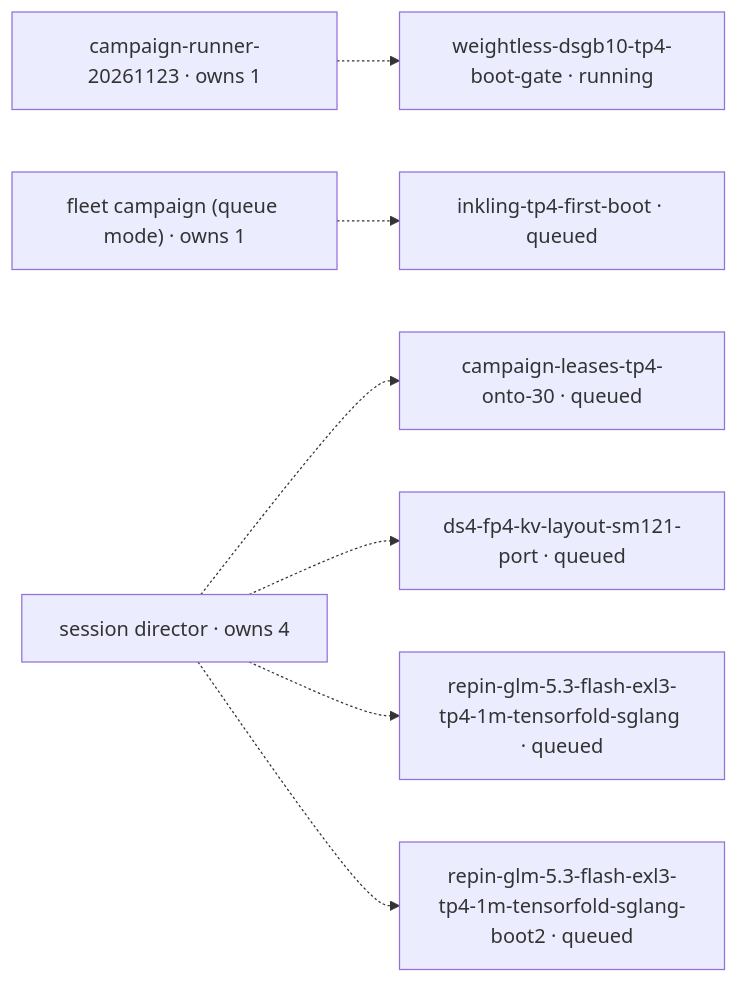
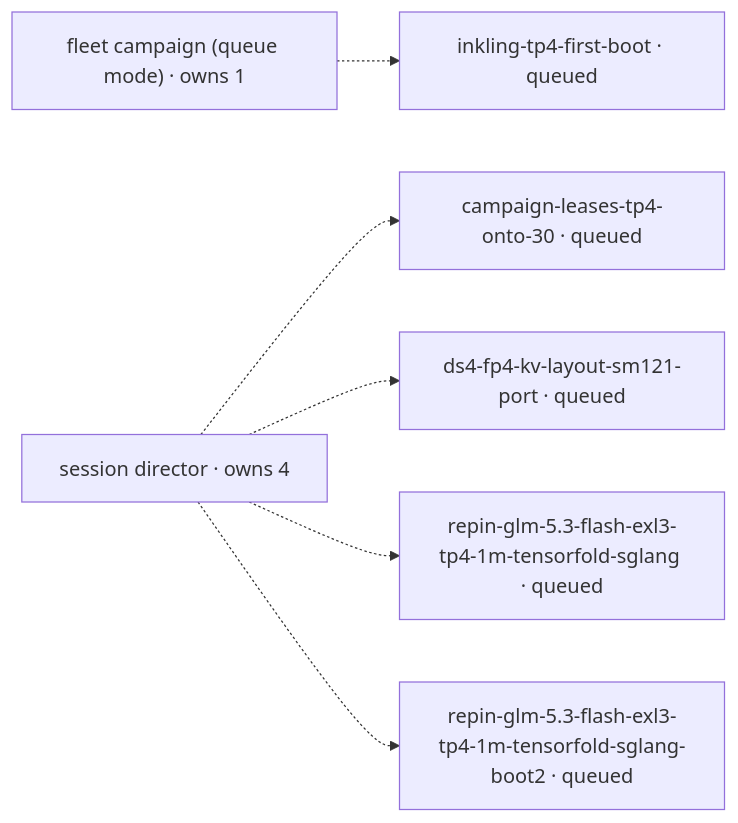
The diagram in mad-science/STATUS.md (littlecedar/sparkrun-recipe-registry), drawn with Mermaid before and after one commit. The commit also changed other lines of this file, not shown here.

````diff
--- a/mad-science/STATUS.md
+++ b/mad-science/STATUS.md
@@ -22,20 +22,17 @@
 ```mermaid
 flowchart LR
-  %% 0 blocked, 0 blocker edge(s), 6 drained by campaign-runner-20261123 (1), fleet campaign (queue mode) (1), session director (4)
-  r1["campaign-runner-20261123 · owns 1"]
-  r2["fleet campaign (queue mode) · owns 1"]
-  r3["session director · owns 4"]
+  %% 0 blocked, 0 blocker edge(s), 5 drained by fleet campaign (queue mode) (1), session director (4)
+  r1["fleet campaign (queue mode) · owns 1"]
+  r2["session director · owns 4"]
   t1["campaign-leases-tp4-onto-30 · queued"]
   t2["ds4-fp4-kv-layout-sm121-port · queued"]
   t3["inkling-tp4-first-boot · queued"]
   t4["repin-glm-5.3-flash-exl3-tp4-1m-tensorfold-sglang · queued"]
   t5["repin-glm-5.3-flash-exl3-tp4-1m-tensorfold-sglang-boot2 · queued"]
-  t6["weightless-dsgb10-tp4-boot-gate · running"]
-  r1 -.-> t6
-  r2 -.-> t3
-  r3 -.-> t1
-  r3 -.-> t2
-  r3 -.-> t4
-  r3 -.-> t5
+  r1 -.-> t3
+  r2 -.-> t1
+  r2 -.-> t2
+  r2 -.-> t4
+  r2 -.-> t5
   classDef no-recorded-edge stroke-dasharray: 4 3
 ```
````
